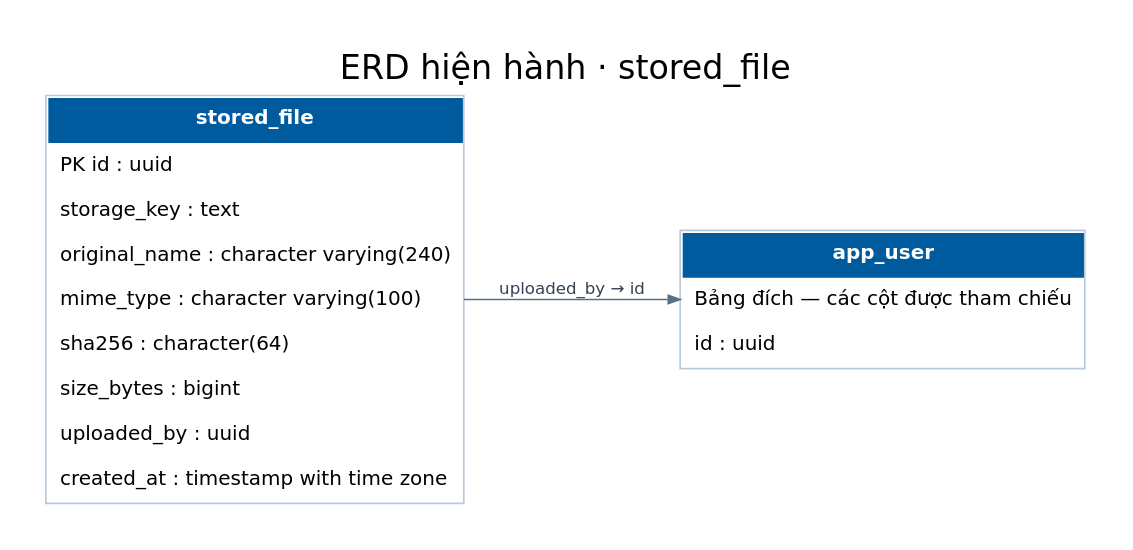
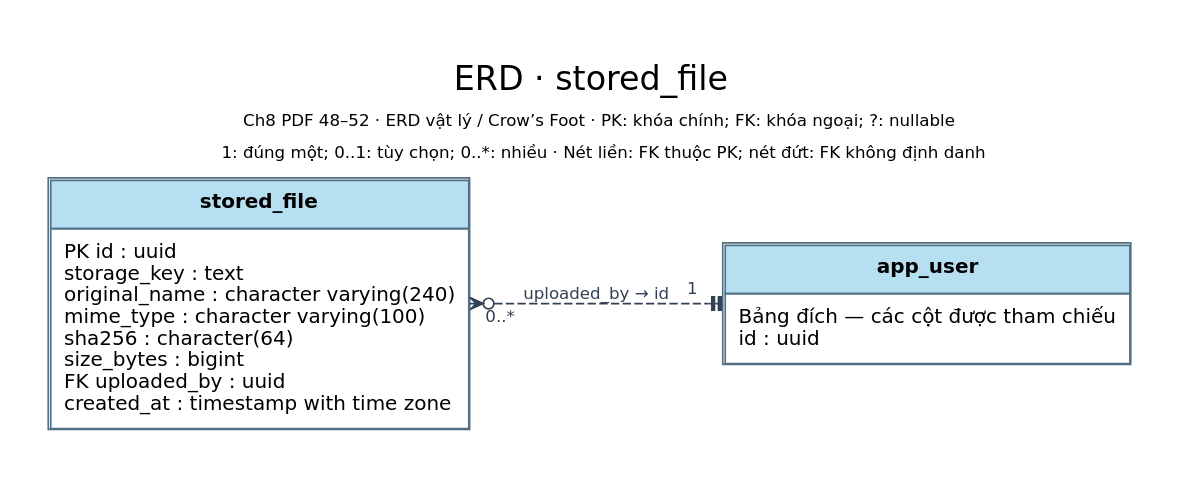
The diagram in 03_So_do/Hien_hanh/dot/ERD_stored_file.dot (TEAM-DEV-FIVE/WMS_BA_2_0), drawn with Graphviz before and after one commit. The commit also changed 295 other files, not shown here.

Commit message:
docs: align current diagrams with BA notation and streamline READMEs

```diff
--- a/03_So_do/Hien_hanh/dot/ERD_stored_file.dot
+++ b/03_So_do/Hien_hanh/dot/ERD_stored_file.dot
@@ -1,9 +1,9 @@
 digraph WMS {
-graph [rankdir=LR, bgcolor="white", nodesep=.32, ranksep=.6, pad=.28];
+graph [rankdir=LR, bgcolor="white", nodesep=.5, ranksep=.9, pad=.3];
 node [shape=plain, fontname="DejaVu Sans", fontsize=12];
-edge [fontname="DejaVu Sans", fontsize=10, color="#567086", fontcolor="#334155", arrowsize=.7];
-label="ERD hiện hành · stored_file"; labelloc=t; fontname="DejaVu Sans"; fontsize=20;
-"stored_file" [label=<<TABLE BORDER="1" CELLBORDER="0" CELLSPACING="0" CELLPADDING="7" COLOR="#b7c9da"><TR><TD BGCOLOR="#005b9e"><FONT COLOR="white"><B>stored_file</B></FONT></TD></TR><TR><TD ALIGN="LEFT">PK id : uuid</TD></TR><TR><TD ALIGN="LEFT">storage_key : text</TD></TR><TR><TD ALIGN="LEFT">original_name : character varying(240)</TD></TR><TR><TD ALIGN="LEFT">mime_type : character varying(100)</TD></TR><TR><TD ALIGN="LEFT">sha256 : character(64)</TD></TR><TR><TD ALIGN="LEFT">size_bytes : bigint</TD></TR><TR><TD ALIGN="LEFT">uploaded_by : uuid</TD></TR><TR><TD ALIGN="LEFT">created_at : timestamp with time zone</TD></TR></TABLE>>];
-"app_user" [label=<<TABLE BORDER="1" CELLBORDER="0" CELLSPACING="0" CELLPADDING="7" COLOR="#b7c9da"><TR><TD BGCOLOR="#005b9e"><FONT COLOR="white"><B>app_user</B></FONT></TD></TR><TR><TD ALIGN="LEFT">Bảng đích — các cột được tham chiếu</TD></TR><TR><TD ALIGN="LEFT">id : uuid</TD></TR></TABLE>>];
-"stored_file" -> "app_user" [label="uploaded_by → id"];
+edge [fontname="DejaVu Sans", fontsize=10, color="#334155", fontcolor="#334155", arrowsize=.8];
+label=<<TABLE BORDER="0" CELLBORDER="0" CELLPADDING="3"><TR><TD><FONT POINT-SIZE="20">ERD · stored_file</FONT></TD></TR><TR><TD><FONT POINT-SIZE="10">Ch8 PDF 48–52 · ERD vật lý / Crow’s Foot · PK: khóa chính; FK: khóa ngoại; ?: nullable</FONT></TD></TR><TR><TD><FONT POINT-SIZE="10">1: đúng một; 0..1: tùy chọn; 0..*: nhiều · Nét liền: FK thuộc PK; nét đứt: FK không định danh</FONT></TD></TR></TABLE>>; labelloc=t; fontname="DejaVu Sans"; fontsize=16;
+"stored_file" [label=<<TABLE BORDER="1" CELLBORDER="1" CELLSPACING="0" CELLPADDING="7" COLOR="#526f83"><TR><TD BGCOLOR="#b7dff2"><B>stored_file</B></TD></TR><TR><TD ALIGN="LEFT" BALIGN="LEFT">PK id : uuid<BR ALIGN="LEFT"/>storage_key : text<BR ALIGN="LEFT"/>original_name : character varying(240)<BR ALIGN="LEFT"/>mime_type : character varying(100)<BR ALIGN="LEFT"/>sha256 : character(64)<BR ALIGN="LEFT"/>size_bytes : bigint<BR ALIGN="LEFT"/>FK uploaded_by : uuid<BR ALIGN="LEFT"/>created_at : timestamp with time zone</TD></TR></TABLE>>];
+"app_user" [label=<<TABLE BORDER="1" CELLBORDER="1" CELLSPACING="0" CELLPADDING="7" COLOR="#526f83"><TR><TD BGCOLOR="#b7dff2"><B>app_user</B></TD></TR><TR><TD ALIGN="LEFT" BALIGN="LEFT">Bảng đích — các cột được tham chiếu<BR ALIGN="LEFT"/>id : uuid</TD></TR></TABLE>>];
+"stored_file" -> "app_user" [label="uploaded_by → id", dir="both", arrowtail="crowodot", arrowhead="teetee", taillabel="0..*", headlabel="1", labeldistance="2", style="dashed"];
 }
```
